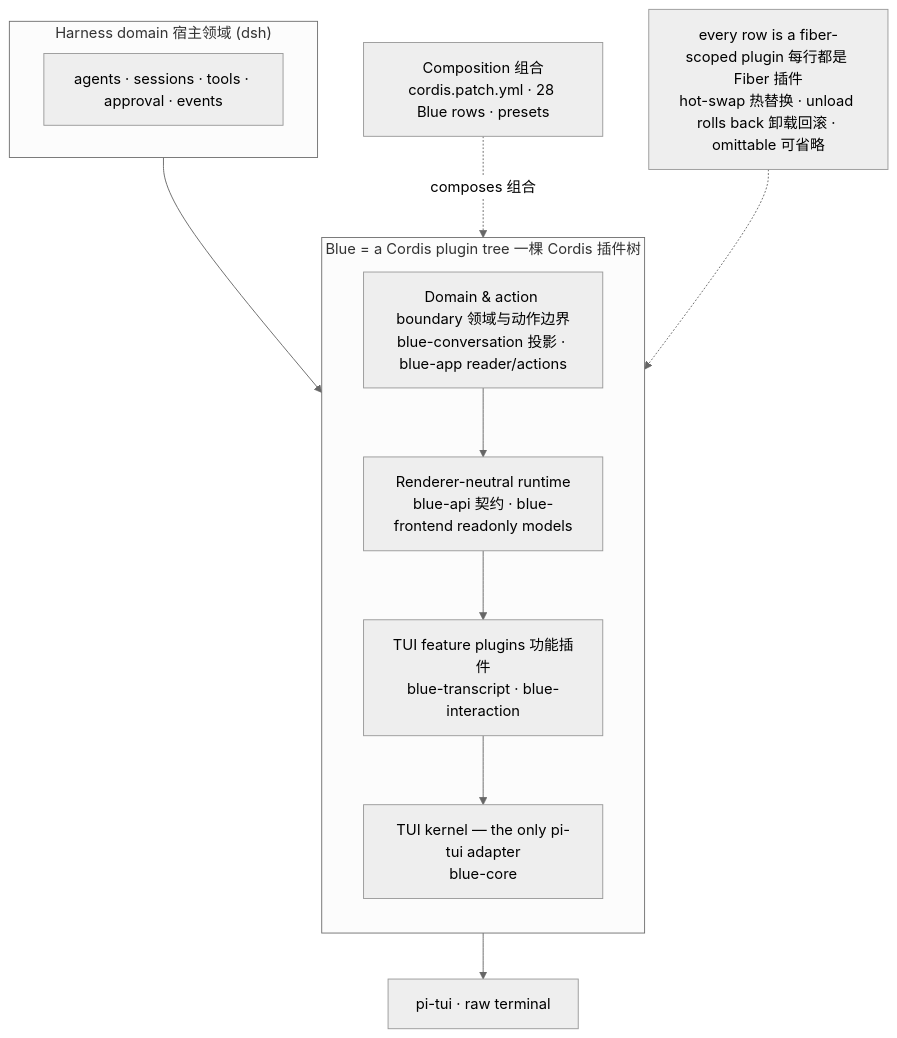
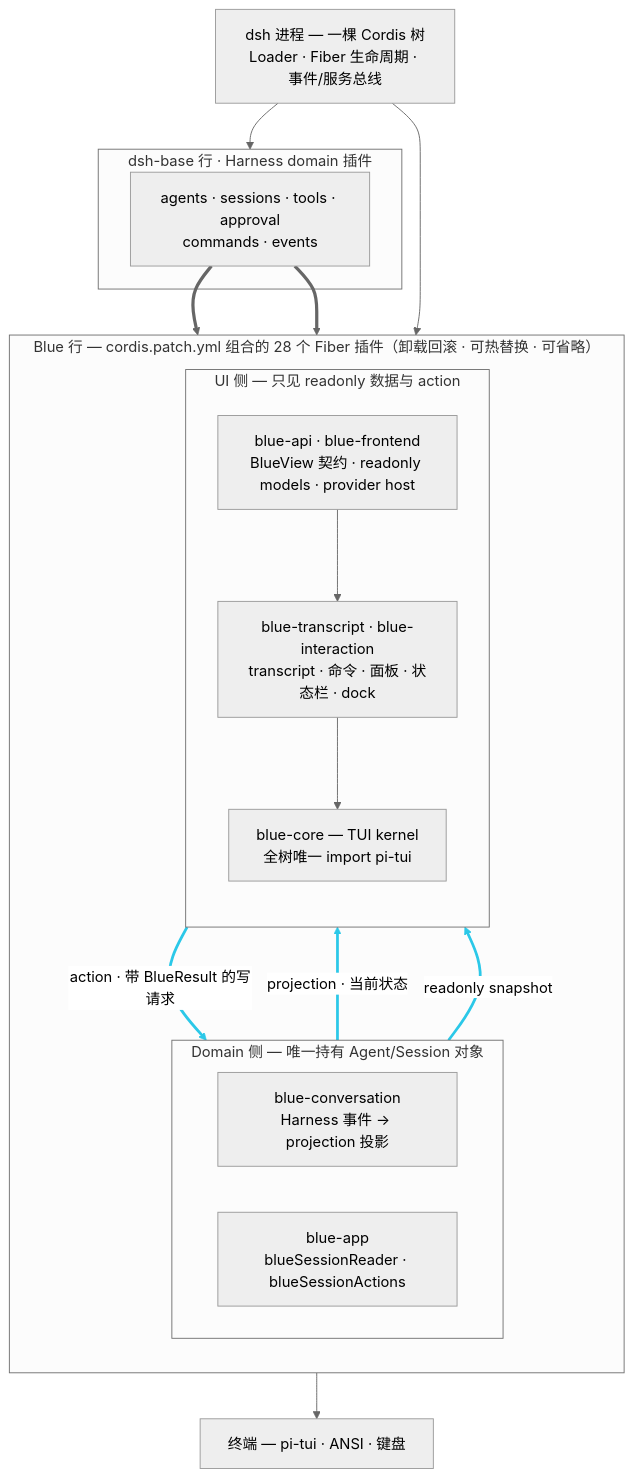
Before and after one commit to dsh-blue/blue: the diagram in docs/diagrams/blue-layers.mmd, drawn with Mermaid (neutral theme). The commit also changed 3 other files, not shown here.

First line of the commit message:
docs(diagram): redraw blue-layers around the single Cordis tree

```diff
--- a/docs/diagrams/blue-layers.mmd
+++ b/docs/diagrams/blue-layers.mmd
@@ -1,20 +1,36 @@
 flowchart TB
-    subgraph H["Harness domain 宿主领域 (dsh)"]
-        harness["agents · sessions · tools · approval · events"]
+    ROOT["dsh 进程 — 一棵 Cordis 树<br/>Loader · Fiber 生命周期 · 事件/服务总线"]
+
+    subgraph BASE["dsh-base 行 · Harness domain 插件"]
+        HAR["agents · sessions · tools · approval<br/>commands · events"]
     end
-    subgraph TREE["Blue = a Cordis plugin tree 一棵 Cordis 插件树"]
+
+    subgraph BLUE["Blue 行 — cordis.patch.yml 组合的 28 个 Fiber 插件（卸载回滚 · 可热替换 · 可省略）"]
         direction TB
-        D["Domain & action boundary 领域与动作边界\nblue-conversation 投影 · blue-app reader/actions"]
-        F["Renderer-neutral runtime\nblue-api 契约 · blue-frontend readonly models"]
-        R["TUI feature plugins 功能插件\nblue-transcript · blue-interaction"]
-        K["TUI kernel — the only pi-tui adapter\nblue-core"]
-        D --> F --> R --> K
+        subgraph DOM["Domain 侧 — 唯一持有 Agent/Session 对象"]
+            direction LR
+            CONV["blue-conversation<br/>Harness 事件 → projection 投影"]
+            APP["blue-app<br/>blueSessionReader · blueSessionActions"]
+        end
+        subgraph UI["UI 侧 — 只见 readonly 数据与 action"]
+            direction TB
+            FE["blue-api · blue-frontend<br/>BlueView 契约 · readonly models · provider host"]
+            ADP["blue-transcript · blue-interaction<br/>transcript · 命令 · 面板 · 状态栏 · dock"]
+            KRN["blue-core — TUI kernel<br/>全树唯一 import pi-tui"]
+            FE --> ADP
+            ADP --> KRN
+        end
+        CONV -- "projection · 当前状态" --> FE
+        APP -- "readonly snapshot" --> FE
+        UI -- "action · 带 BlueResult 的写请求" --> DOM
     end
-    C["Composition 组合\ncordis.patch.yml · 28 Blue rows · presets"]
-    S["every row is a fiber-scoped plugin 每行都是 Fiber 插件\nhot-swap 热替换 · unload rolls back 卸载回滚 · omittable 可省略"]
-    P["pi-tui · raw terminal"]
 
-    H --> D
-    K --> P
-    C -. composes 组合 .-> TREE
-    S -.-> TREE
+    TERM["终端 — pi-tui · ANSI · 键盘"]
+
+    ROOT --> BASE
+    ROOT --> BLUE
+    HAR ==> CONV
+    HAR ==> APP
+    KRN --> TERM
+
+    linkStyle 2,3,4 stroke:#2bc8e8,stroke-width:3px
```
